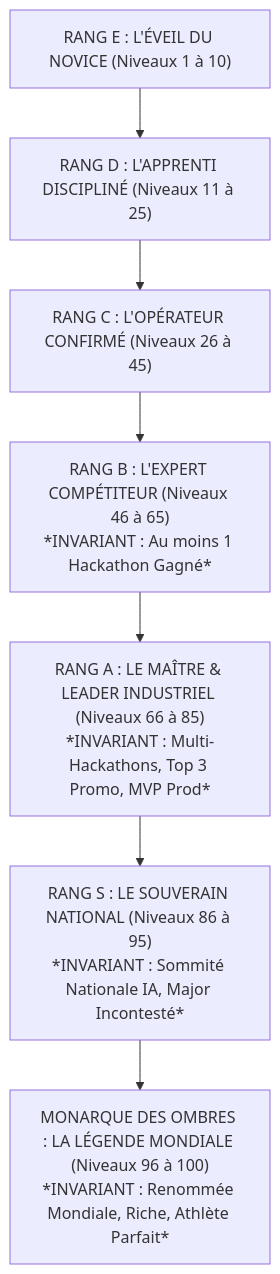
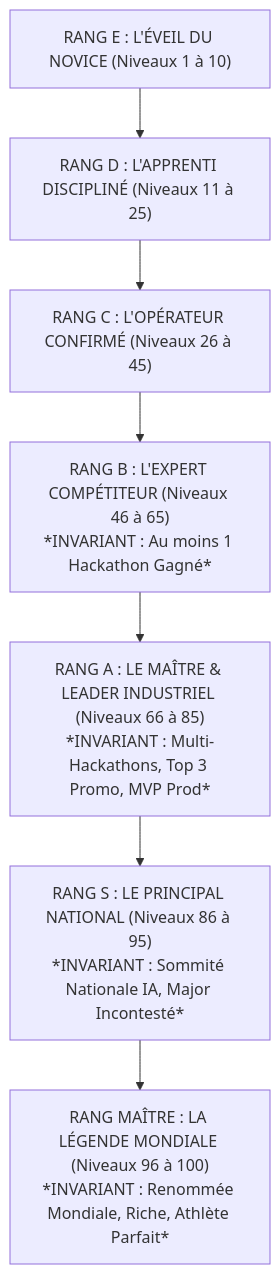
Before and after one commit to GeovanioH/LevelUp: the fourth of 5 diagrams in docs/03-APP_FLOW.md, drawn with Mermaid. The commit also changed other lines of this file and 12 other files, not shown here.

````diff
--- a/docs/03-APP_FLOW.md
+++ b/docs/03-APP_FLOW.md
@@ -1201,9 +1201,9 @@
 ```mermaid
 flowchart TD
     R_E["RANG E : L'ÉVEIL DU NOVICE (Niveaux 1 à 10)"] --> R_D["RANG D : L'APPRENTI DISCIPLINÉ (Niveaux 11 à 25)"]
     R_D --> R_C["RANG C : L'OPÉRATEUR CONFIRMÉ (Niveaux 26 à 45)"]
     R_C --> R_B["RANG B : L'EXPERT COMPÉTITEUR (Niveaux 46 à 65)<br>*INVARIANT : Au moins 1 Hackathon Gagné*"]
     R_B --> R_A["RANG A : LE MAÎTRE & LEADER INDUSTRIEL (Niveaux 66 à 85)<br>*INVARIANT : Multi-Hackathons, Top 3 Promo, MVP Prod*"]
-    R_A --> R_S["RANG S : LE SOUVERAIN NATIONAL (Niveaux 86 à 95)<br>*INVARIANT : Sommité Nationale IA, Major Incontesté*"]
-    R_S --> R_M["MONARQUE DES OMBRES : LA LÉGENDE MONDIALE (Niveaux 96 à 100)<br>*INVARIANT : Renommée Mondiale, Riche, Athlète Parfait*"]
+    R_A --> R_S["RANG S : LE PRINCIPAL NATIONAL (Niveaux 86 à 95)<br>*INVARIANT : Sommité Nationale IA, Major Incontesté*"]
+    R_S --> R_M["RANG MAÎTRE : LA LÉGENDE MONDIALE (Niveaux 96 à 100)<br>*INVARIANT : Renommée Mondiale, Riche, Athlète Parfait*"]
 ```
````
